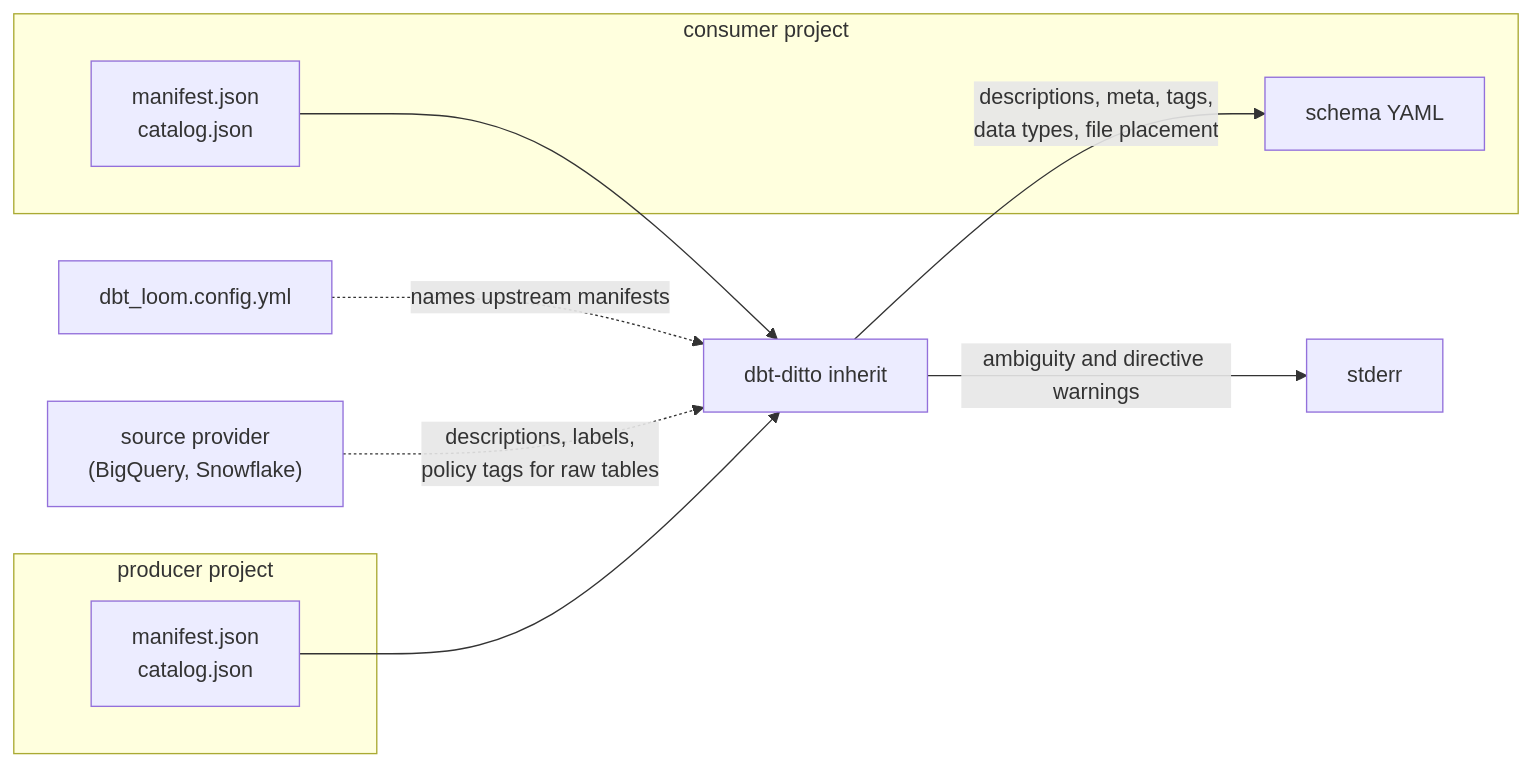
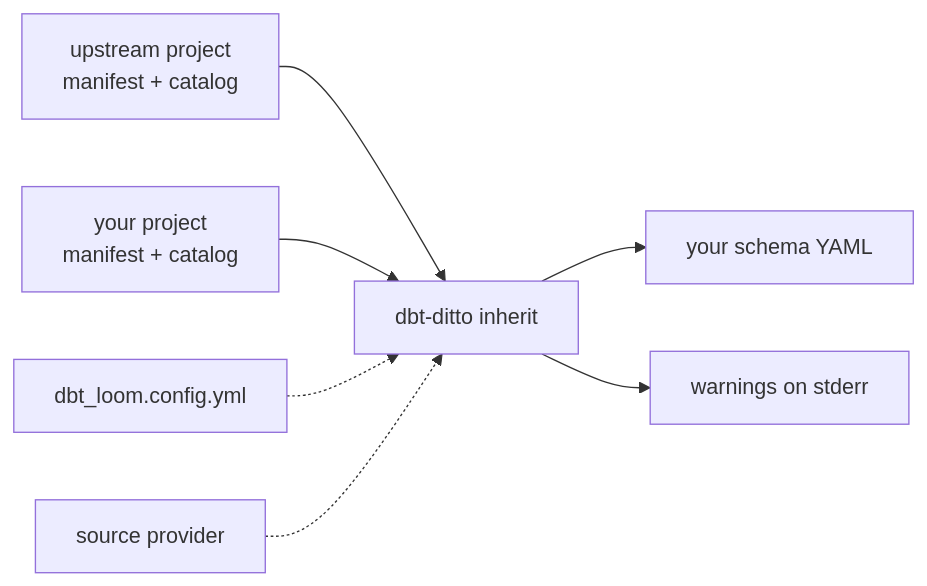
Before and after one commit to rognerud/dbt-ditto: the diagram in README.md, drawn with Mermaid. The commit also changed other lines of this file and 7 other files, not shown here.

````diff
--- a/README.md
+++ b/README.md
@@ -14,16 +36,9 @@
 ```mermaid
 flowchart LR
-    subgraph upstream["producer project"]
-        UM["manifest.json<br/>catalog.json"]
-    end
-    subgraph downstream["consumer project"]
-        DM["manifest.json<br/>catalog.json"]
-        DY["schema YAML"]
-    end
-    LC["dbt_loom.config.yml"] -.->|"names upstream manifests"| DITTO
-    SP["source provider<br/>(BigQuery, Snowflake)"] -.->|"descriptions, labels,<br/>policy tags for raw tables"| DITTO
-    UM --> DITTO["dbt-ditto inherit"]
-    DM --> DITTO
-    DITTO -->|"descriptions, meta, tags,<br/>data types, file placement"| DY
-    DITTO -->|"ambiguity and directive warnings"| ERR["stderr"]
+    UM["upstream project<br/>manifest + catalog"] --> DITTO
+    DM["your project<br/>manifest + catalog"] --> DITTO["dbt-ditto inherit"]
+    LC["dbt_loom.config.yml"] -.-> DITTO
+    SP["source provider"] -.-> DITTO
+    DITTO --> DY["your schema YAML"]
+    DITTO --> ERR["warnings on stderr"]
 ```
````
